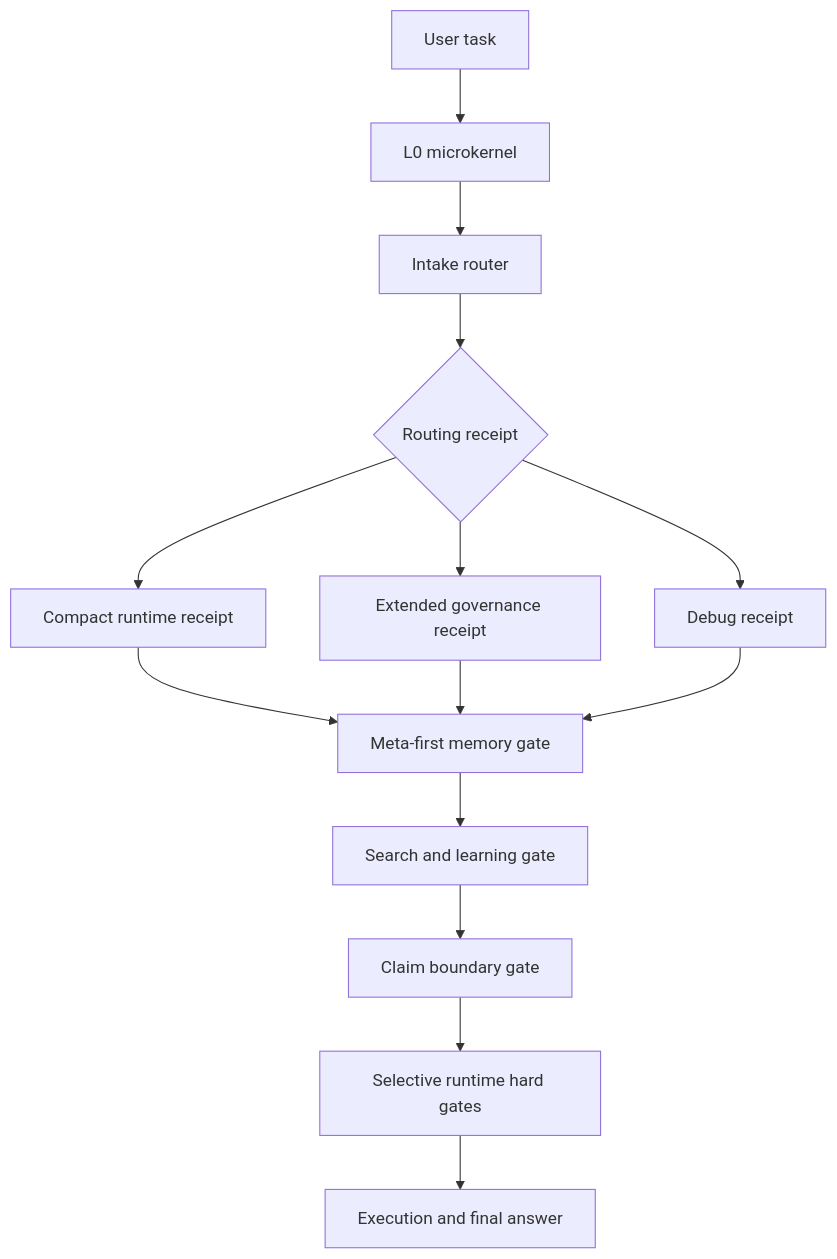
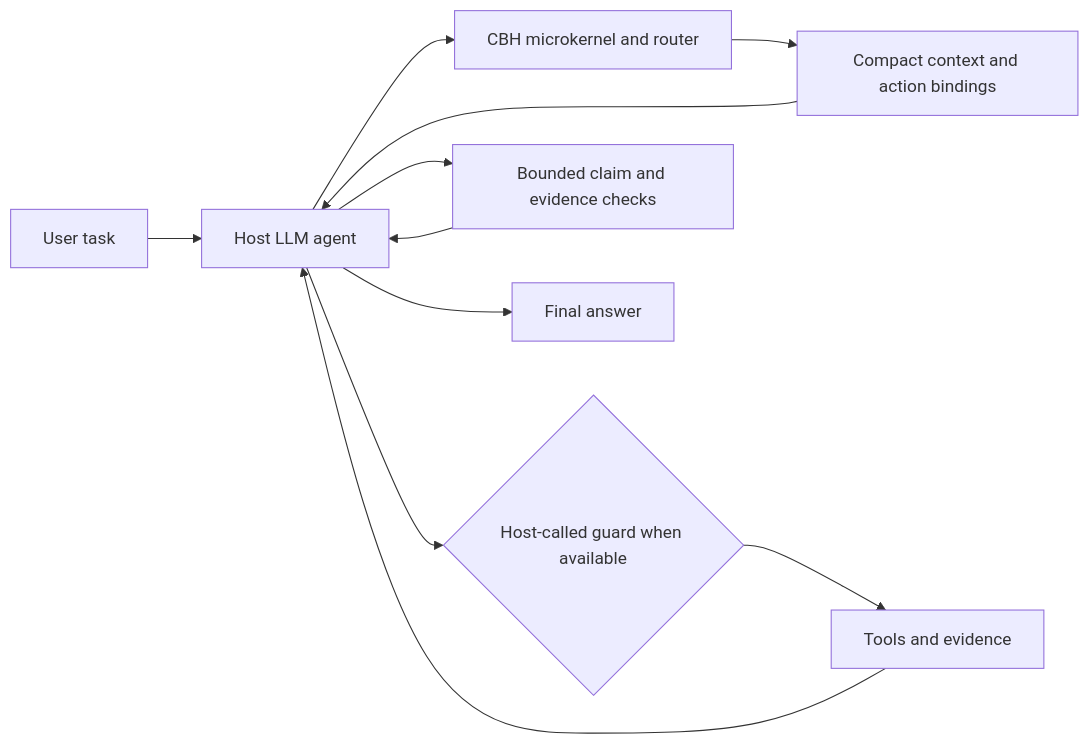
Before and after one commit to qimen039-code/claim-boundary-harness: the diagram in README.md, drawn with Mermaid. The commit also changed other lines of this file and 24 other files, not shown here.

Commit message:
feat: release CBH v1.0.0 model-agent retrieval

````diff
--- a/README.md
+++ b/README.md
@@ -92,16 +95,13 @@
 ```mermaid
-flowchart TD
-    U[User task] --> K[L0 microkernel]
-    K --> R[Intake router]
-    R --> P{Routing receipt}
-    P --> C[Compact runtime receipt]
-    P --> G[Extended governance receipt]
-    P --> D[Debug receipt]
-    C --> M[Meta-first memory gate]
-    G --> M
-    D --> M
-    M --> S[Search and learning gate]
-    S --> Q[Claim boundary gate]
-    Q --> H[Selective runtime hard gates]
-    H --> E[Execution and final answer]
+flowchart LR
+    U[User task] --> A[Host LLM agent]
+    A --> R[CBH microkernel and router]
+    R --> C[Compact context and action bindings]
+    C --> A
+    A --> H{Host-called guard when available}
+    H --> T[Tools and evidence]
+    T --> A
+    A --> V[Bounded claim and evidence checks]
+    V --> A
+    A --> F[Final answer]
 ```
````
